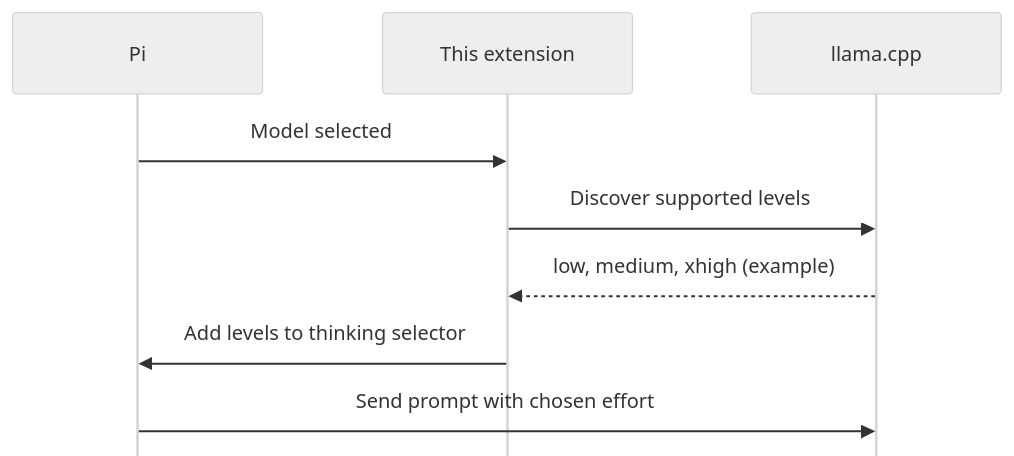
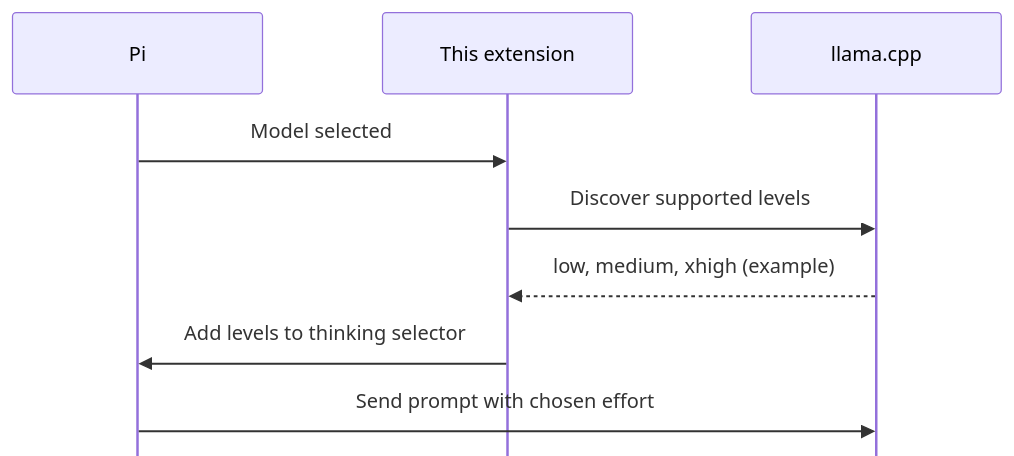
The diagram in README.md (Ryu-CZ/pi-llama-reasoning), drawn with Mermaid before and after one commit. The commit also changed 1 other file, not shown here.

Commit message:
fix: let README Mermaid diagram follow the page theme

````diff
--- a/README.md
+++ b/README.md
@@ -50,12 +50,12 @@
 ```mermaid
-%%{init: {"theme": "neutral", "fontFamily": "monospace", "sequence": {"width": 200, "mirrorActors": false}}}%%
+%%{init: {"fontFamily": "monospace", "sequence": {"width": 200, "mirrorActors": false}}}%%
 sequenceDiagram
     participant Pi
     participant Ext as This extension
     participant Router as llama.cpp
     Pi->>Ext: Model selected
     Ext->>Router: Discover supported levels
     Router-->>Ext: low, medium, xhigh (example)
     Ext->>Pi: Add levels to thinking selector
     Pi->>Router: Send prompt with chosen effort
 ```
````
